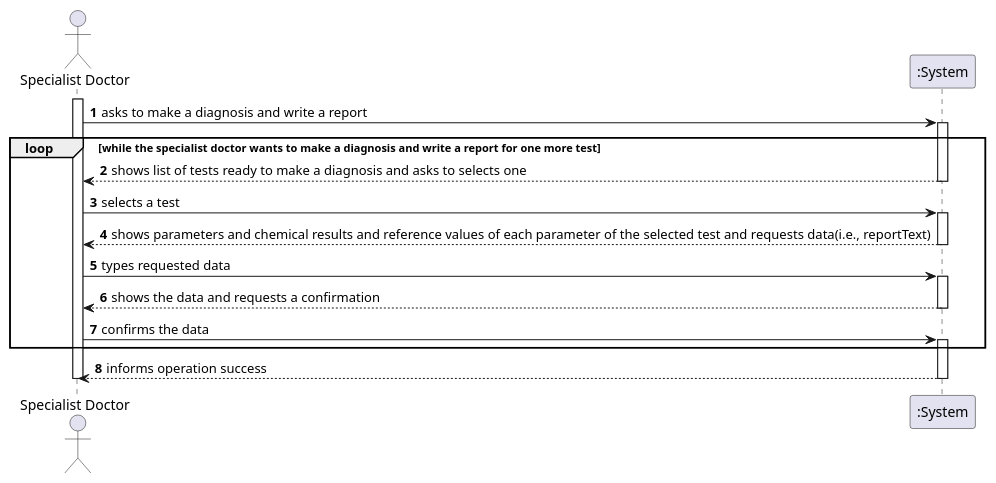
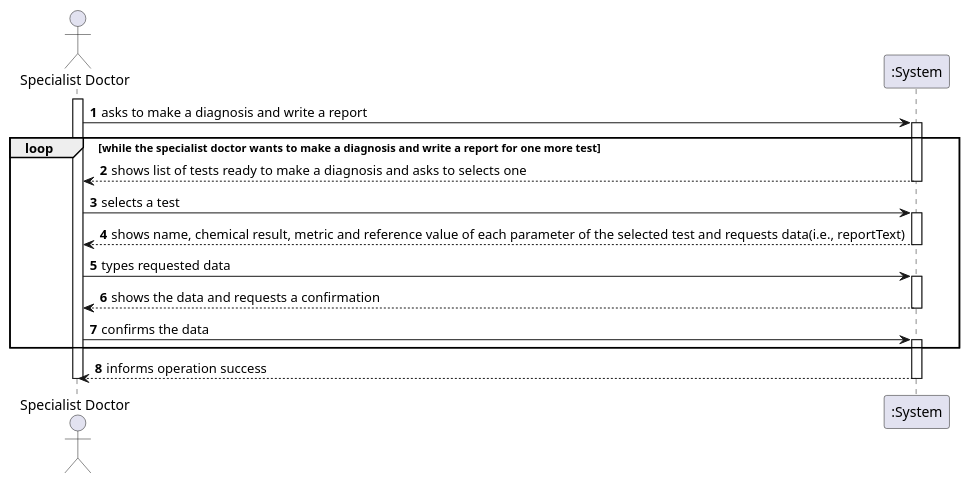
The diagram in docs/SprintC/US_14/US14_SSD.puml (ana-albergaria/LAPR2-ISEP), drawn with PlantUML before and after one commit. The commit also changed 4 other files, not shown here.

```diff
--- a/docs/SprintC/US_14/US14_SSD.puml
+++ b/docs/SprintC/US_14/US14_SSD.puml
@@ -1,29 +1,29 @@
 @startuml
 autonumber
 actor "Specialist Doctor" as SpDt
 
 activate SpDt
 SpDt-> ":System" : asks to make a diagnosis and write a report
 activate ":System"
 loop while the specialist doctor wants to make a diagnosis and write a report for one more test
 ":System" --> SpDt : shows list of tests ready to make a diagnosis and asks to selects one
 deactivate ":System"
 
 SpDt-> ":System" : selects a test
 activate ":System"
-":System" --> SpDt : shows parameters and chemical results and reference values of each parameter of the selected test and requests data(i.e., reportText)
+":System" --> SpDt : shows name, chemical result, metric and reference value of each parameter of the selected test and requests data(i.e., reportText)
 deactivate ":System"
 
 SpDt-> ":System" : types requested data
 activate ":System"
 ":System" --> SpDt : shows the data and requests a confirmation
 deactivate ":System"
 
 SpDt-> ":System" : confirms the data
 activate ":System"
 end
 ":System" --> SpDt : informs operation success
 deactivate ":System"
 deactivate SpDt
 
 @enduml
```
